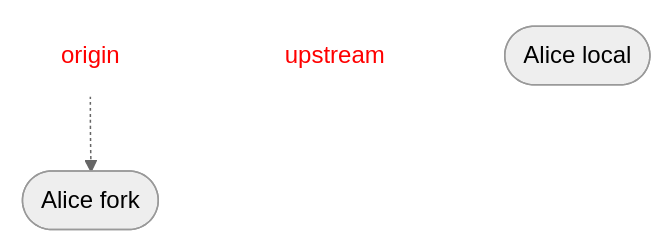
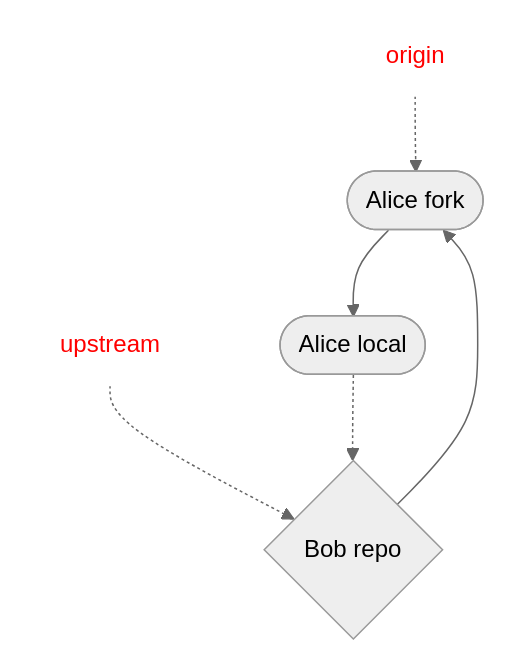
The first of 3 diagrams in docs/remotes.md (hpc2n/course-intro-git), drawn with Mermaid (neutral theme) before and after one commit.

Commit message:
Trying to fix the diamong shape in the diagram

````diff
--- a/docs/remotes.md
+++ b/docs/remotes.md
@@ -90,13 +91,18 @@
 ```mermaid
 graph TD
 
   origin["origin"]
   style origin fill:#ffffff,stroke:#ffffff,color:#ff0000
   upstream["upstream"]
   style upstream fill:#ffffff,stroke:#ffffff,color:#ff0000
  
   alicef(["Alice fork"])
   origin -.-> alicef
 
   alicel(["Alice local"])
+  bob{"Bob repo"}
+  alicef --> alicel
+  upstream -.-> bob
+  bob --> alicef
+  alicel -.-> bob
 ```
````
